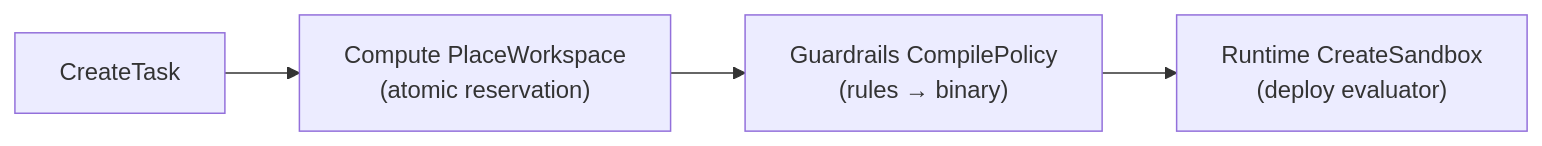
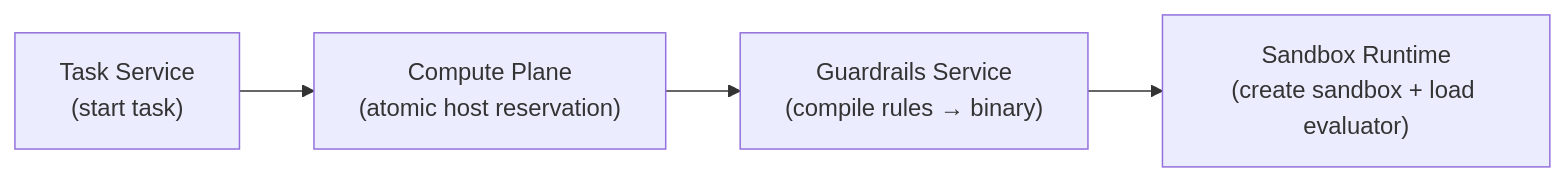
One commit to Baselyne-Systems/agent-sandbox-platform changed the fourth of 4 diagrams in README.md. Above: the diagram before and after it, drawn with Mermaid. The commit also changed other lines of this file, not shown here.

First line of the commit message:
Simplify architecture diagram, add flow descriptions

````diff
--- a/README.md
+++ b/README.md
@@ -111,6 +96,6 @@
 ```mermaid
 flowchart LR
-    A[CreateTask] --> B["Compute PlaceWorkspace<br/>(atomic reservation)"]
-    B --> C["Guardrails CompilePolicy<br/>(rules → binary)"]
-    C --> D["Runtime CreateSandbox<br/>(deploy evaluator)"]
+    A["Task Service<br/>(start task)"] --> B["Compute Plane<br/>(atomic host reservation)"]
+    B --> C["Guardrails Service<br/>(compile rules → binary)"]
+    C --> D["Sandbox Runtime<br/>(create sandbox + load evaluator)"]
 ```
````
